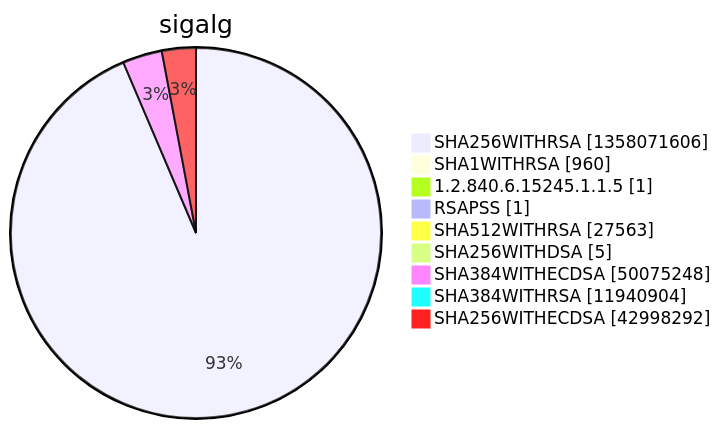
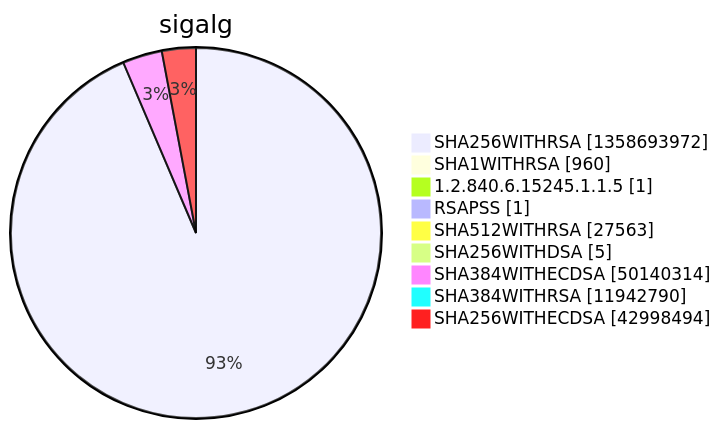
Before and after one commit to christiankrug/ctmonitor_visualization: diagram 15 of 15 in argon2022/README.md, drawn with Mermaid. The commit also changed other lines of this file, not shown here.

````diff
--- a/argon2022/README.md
+++ b/argon2022/README.md
@@ -5524,13 +5524,13 @@
 ```mermaid
 pie showData
 title sigalg
-"SHA256WITHRSA" :1358071606
+"SHA256WITHRSA" :1358693972
 "SHA1WITHRSA" :960
 "1.2.840.6.15245.1.1.5" :1
 "RSAPSS" :1
 "SHA512WITHRSA" :27563
 "SHA256WITHDSA" :5
-"SHA384WITHECDSA" :50075248
-"SHA384WITHRSA" :11940904
-"SHA256WITHECDSA" :42998292
+"SHA384WITHECDSA" :50140314
+"SHA384WITHRSA" :11942790
+"SHA256WITHECDSA" :42998494
 ```
````
